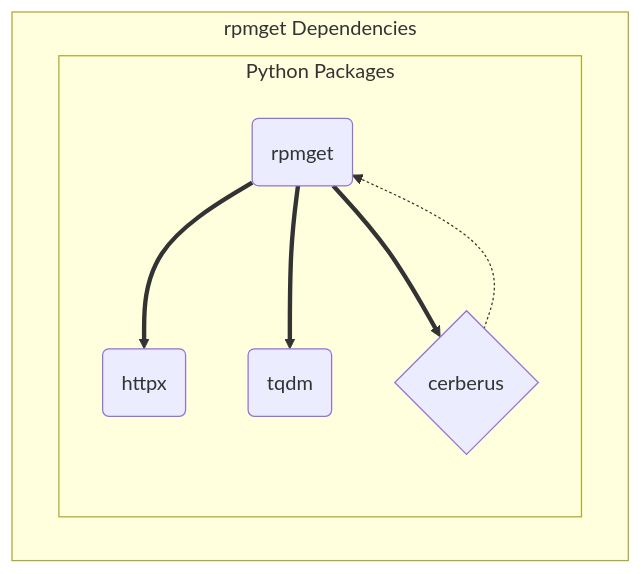
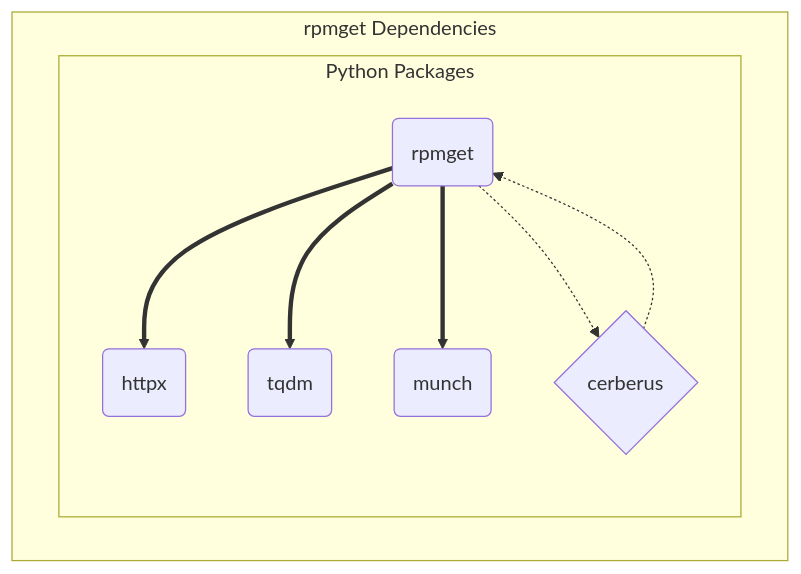
The diagram in docs/swd/SDD001.md (sarnold/rpmget), drawn with Mermaid before and after one commit. The commit also changed other lines of this file and 3 other files, not shown here.

First line of the commit message:
chg: doc: close initial diagram PR and recycle for diagram updates

````diff
--- a/docs/swd/SDD001.md
+++ b/docs/swd/SDD001.md
@@ -36,13 +37,15 @@
 ```mermaid
   graph TB
     subgraph id1[rpmget Dependencies]
       subgraph id2[Python Packages]
         A(rpmget)
         B(httpx)
         C(tqdm)
         D{cerberus}
+        E(munch)
       end
     end
-    A ==> B & C & D
+    A ==> B & C & E
+    A -.-> D
     D -.-> A
 ```
````
